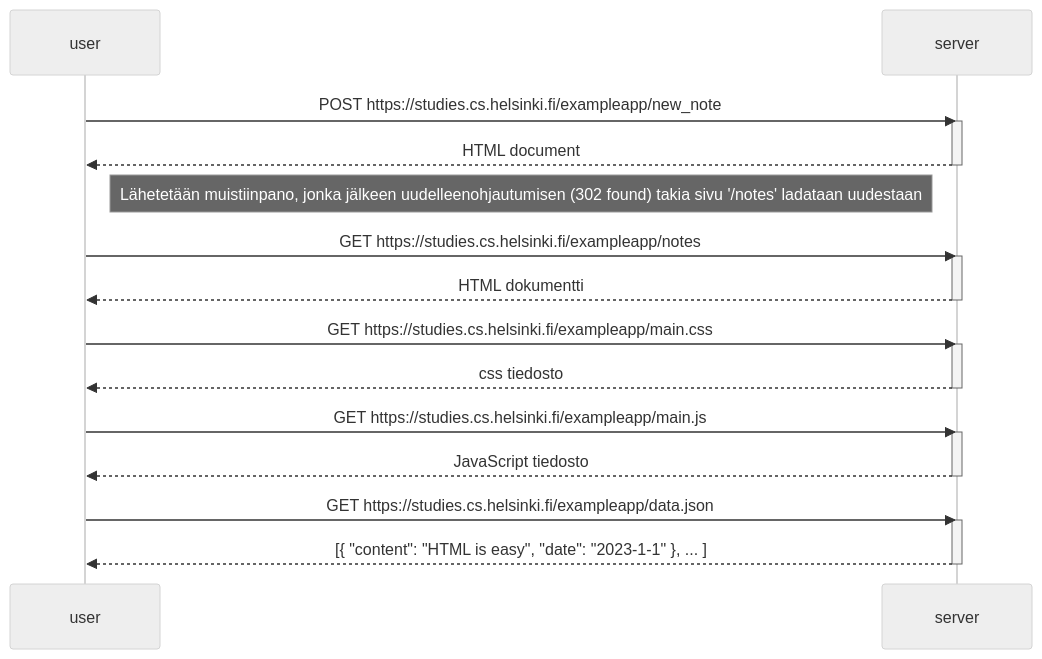
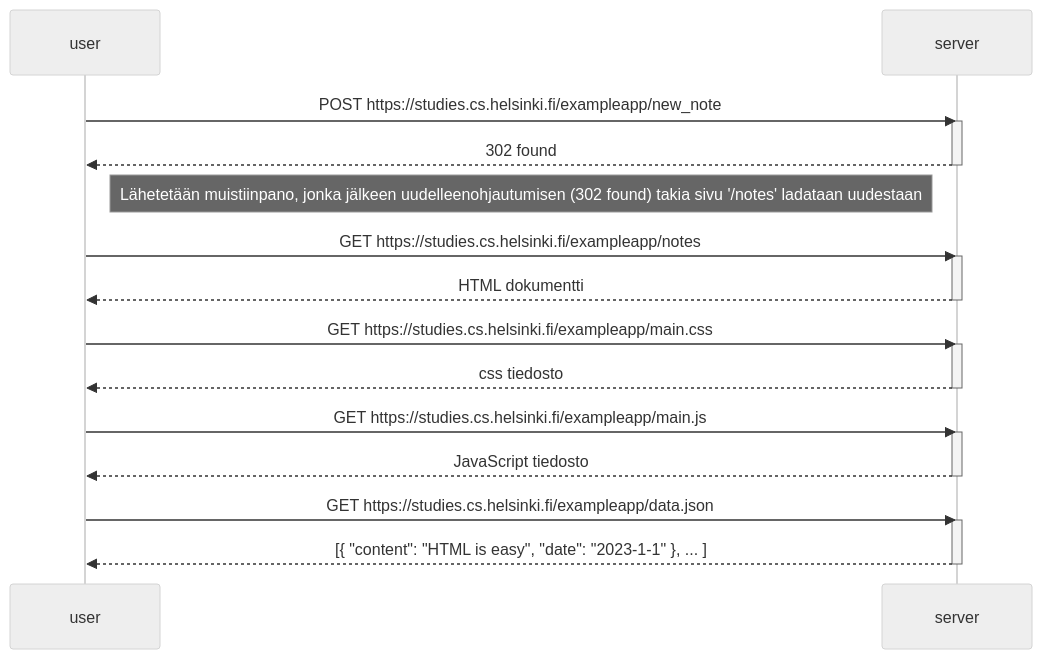
One commit to jhkorte/fullstack-open changed the diagram in osa0/0.4.md. Above: the diagram before and after it, drawn with Mermaid (neutral theme).

````diff
--- a/osa0/0.4.md
+++ b/osa0/0.4.md
@@ -3,32 +3,32 @@
 ```mermaid
 sequenceDiagram
     participant user
     participant server
     
     user->>server: POST https://studies.cs.helsinki.fi/exampleapp/new_note
     activate server
-    server-->>user: HTML document
+    server-->>user: 302 found
     deactivate server
 
     Note right of user: Lähetetään muistiinpano, jonka jälkeen uudelleenohjautumisen (302 found) takia sivu '/notes' ladataan uudestaan
     
     user->>server: GET https://studies.cs.helsinki.fi/exampleapp/notes
     activate server
     server-->>user: HTML dokumentti
     deactivate server
     
     user->>server: GET https://studies.cs.helsinki.fi/exampleapp/main.css
     activate server
     server-->>user: css tiedosto
     deactivate server
     
     user->>server: GET https://studies.cs.helsinki.fi/exampleapp/main.js
     activate server
     server-->>user: JavaScript tiedosto
     deactivate server
     
     user->>server: GET https://studies.cs.helsinki.fi/exampleapp/data.json
     activate server
     server-->>user: [{ "content": "HTML is easy", "date": "2023-1-1" }, ... ]
     deactivate server    
 ```
````
